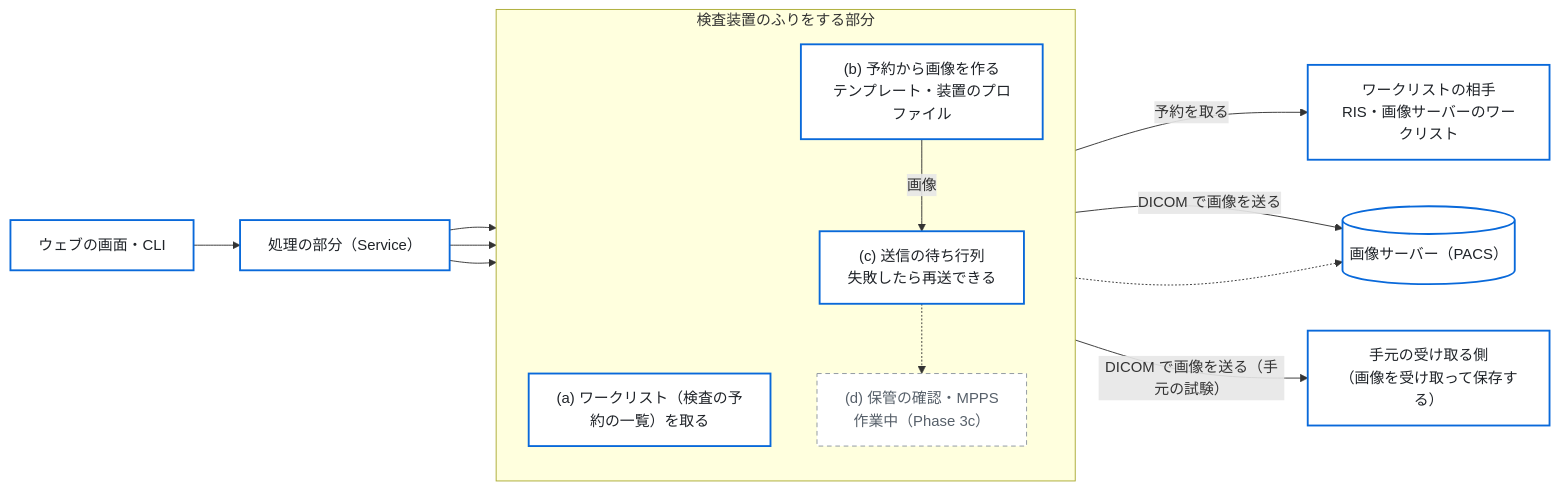
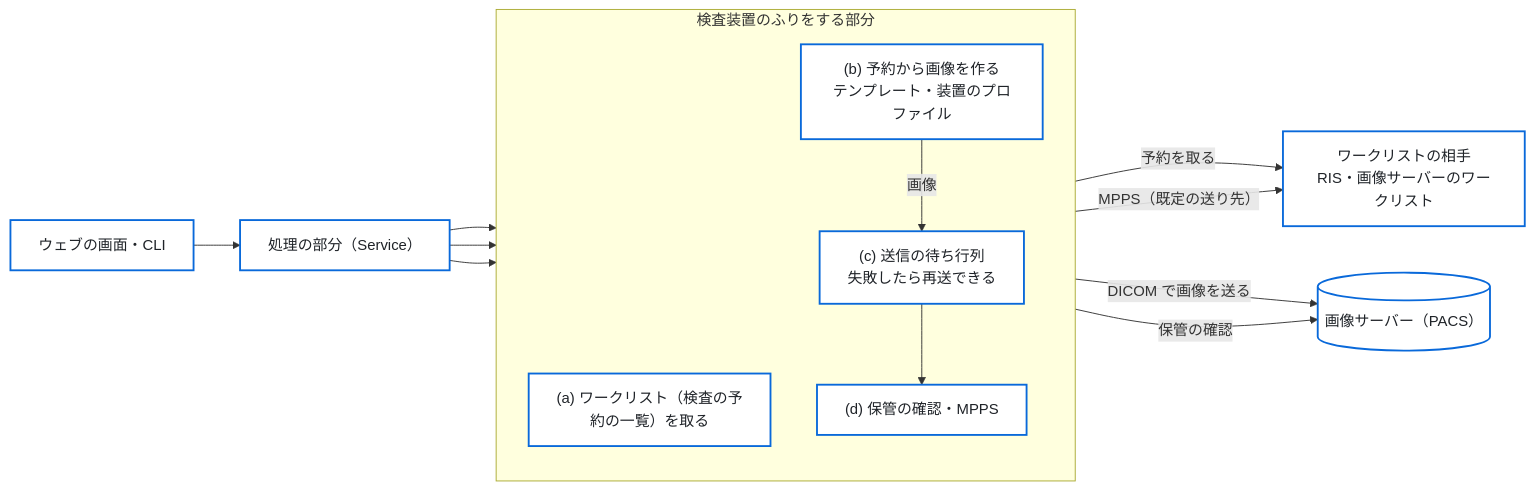
One commit to jeysunit/dicom-test-generator changed the first of 2 diagrams in spec/01_architecture.md. Above: the diagram before and after it, drawn with Mermaid. The commit also changed other lines of this file and 3 other files, not shown here.

````diff
--- a/spec/01_architecture.md
+++ b/spec/01_architecture.md
@@ -14,29 +20,27 @@
 ```mermaid
 flowchart LR
   classDef box fill:#ffffff,stroke:#0969da,stroke-width:2px,color:#1f2328
-  classDef plan fill:#ffffff,stroke:#8c959f,stroke-dasharray:5 4,color:#57606a
 
   UI["ウェブの画面・CLI"]:::box
   SVC["処理の部分（Service）"]:::box
   subgraph FLOW["検査装置のふりをする部分"]
     direction TB
     MWL["(a) ワークリスト（検査の予約の一覧）を取る"]:::box
     MAKE["(b) 予約から画像を作る<br/>テンプレート・装置のプロファイル"]:::box
     QUEUE["(c) 送信の待ち行列<br/>失敗したら再送できる"]:::box
-    COMMIT["(d) 保管の確認・MPPS<br/>作業中（Phase 3c）"]:::plan
+    COMMIT["(d) 保管の確認・MPPS"]:::box
   end
   RIS["ワークリストの相手<br/>RIS・画像サーバーのワークリスト"]:::box
   PACS[("画像サーバー（PACS）")]:::box
-  SCP["手元の受け取る側<br/>（画像を受け取って保存する）"]:::box
 
   UI --> SVC
   SVC --> MWL
   SVC --> MAKE
   SVC --> QUEUE
   MWL -->|"予約を取る"| RIS
   MAKE -->|"画像"| QUEUE
   QUEUE -->|"DICOM で画像を送る"| PACS
-  QUEUE -->|"DICOM で画像を送る（手元の試験）"| SCP
-  QUEUE -.-> COMMIT
-  COMMIT -.-> PACS
+  QUEUE --> COMMIT
+  COMMIT -->|"保管の確認"| PACS
+  COMMIT -->|"MPPS（既定の送り先）"| RIS
 ```
````
